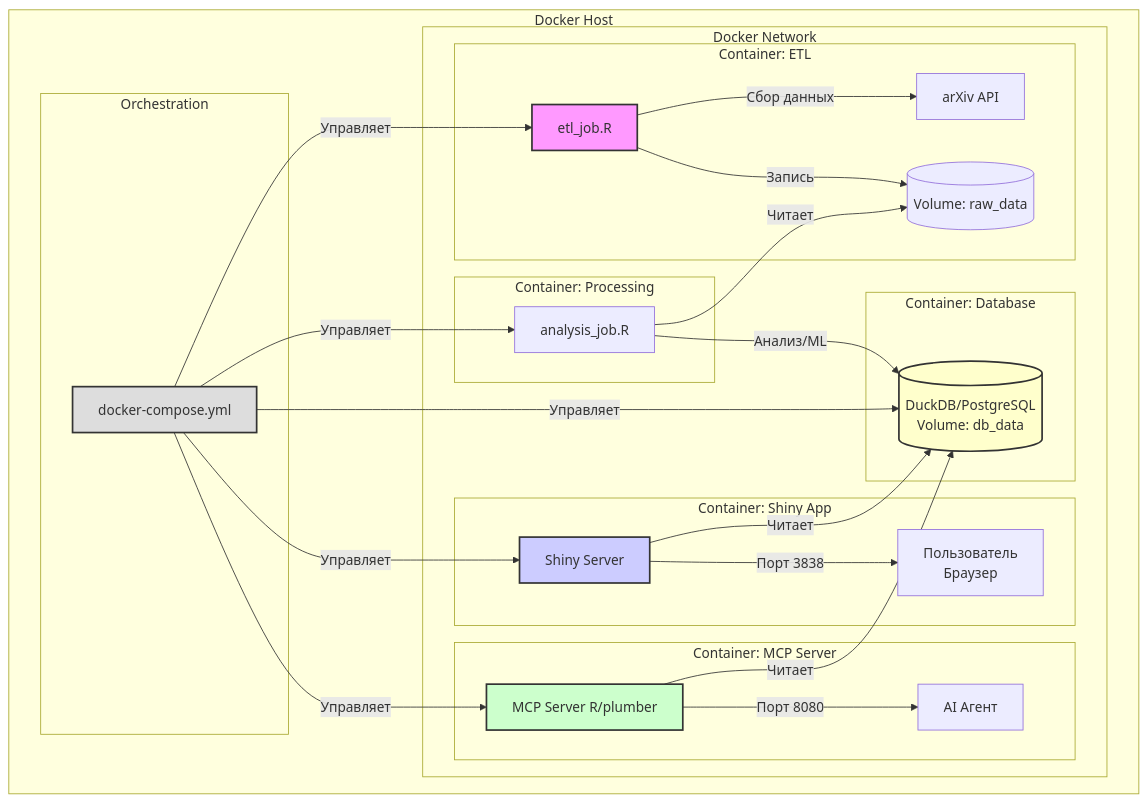
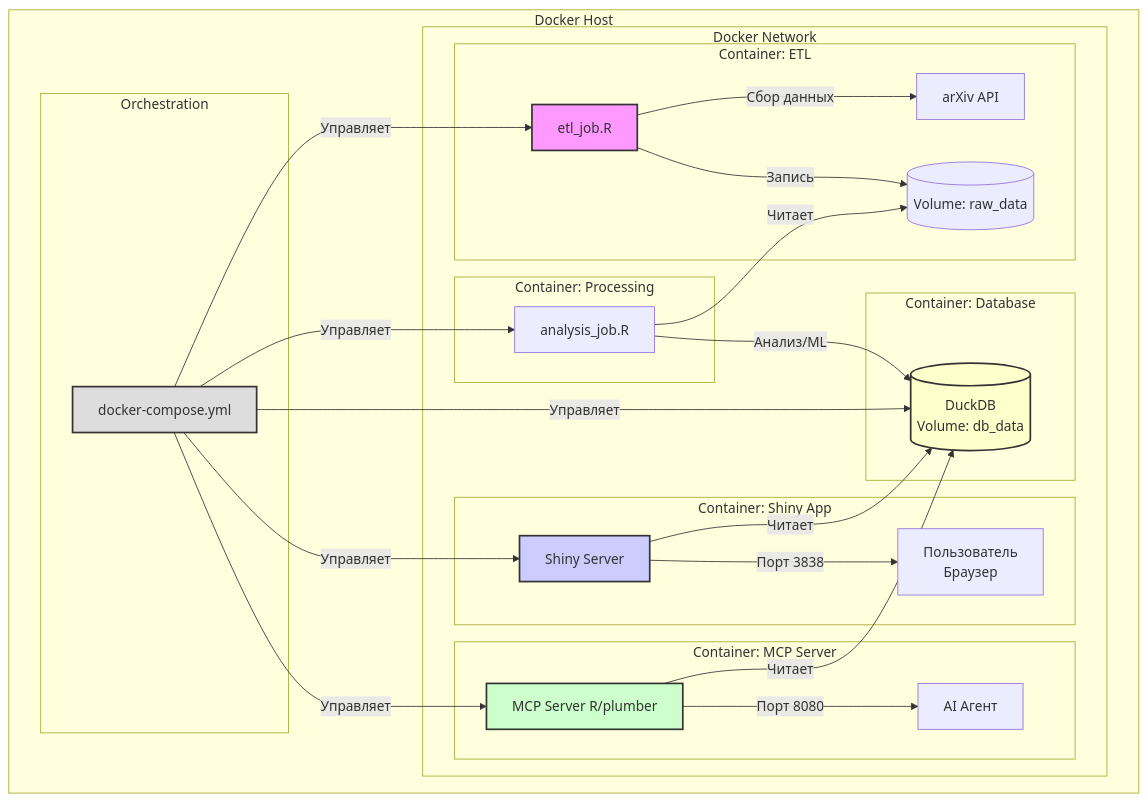
Before and after one commit to GCan7184/BSV: the diagram in README.md, drawn with Mermaid.

````diff
--- a/README.md
+++ b/README.md
@@ -11,44 +11,44 @@
 ```mermaid
 graph TB
     subgraph "Docker Host"
         subgraph "Docker Network"
             subgraph "Container: ETL"
                 ETL1[etl_job.R] -->|Сбор данных| API[arXiv API]
                 ETL1 -->|Запись| VOL1[(Volume: raw_data)]
             end
 
             subgraph "Container: Database"
-                DB[(DuckDB/PostgreSQL<br>Volume: db_data)]
+                DB[(DuckDB<br>Volume: db_data)]
             end
 
             subgraph "Container: Processing"
                 PROC[analysis_job.R] -->|Читает| VOL1
                 PROC -->|Анализ/ML| DB
             end
 
             subgraph "Container: Shiny App"
                 SHINY[Shiny Server] -->|Читает| DB
                 SHINY -->|Порт 3838| USER[Пользователь<br>Браузер]
             end
 
             subgraph "Container: MCP Server"
                 MCP[MCP Server R/plumber] -->|Читает| DB
                 MCP -->|Порт 8080| AI[AI Агент]
             end
         end
         
         subgraph "Orchestration"
             COMPOSE[docker-compose.yml] -->|Управляет| ETL1
             COMPOSE -->|Управляет| DB
             COMPOSE -->|Управляет| PROC
             COMPOSE -->|Управляет| SHINY
             COMPOSE -->|Управляет| MCP
         end
     end
 
     style ETL1 fill:#f9f,stroke:#333,stroke-width:2px
     style SHINY fill:#ccf,stroke:#333,stroke-width:2px
     style MCP fill:#cfc,stroke:#333,stroke-width:2px
     style DB fill:#ffc,stroke:#333,stroke-width:2px
     style COMPOSE fill:#ddd,stroke:#333,stroke-width:2px
 ```
````
